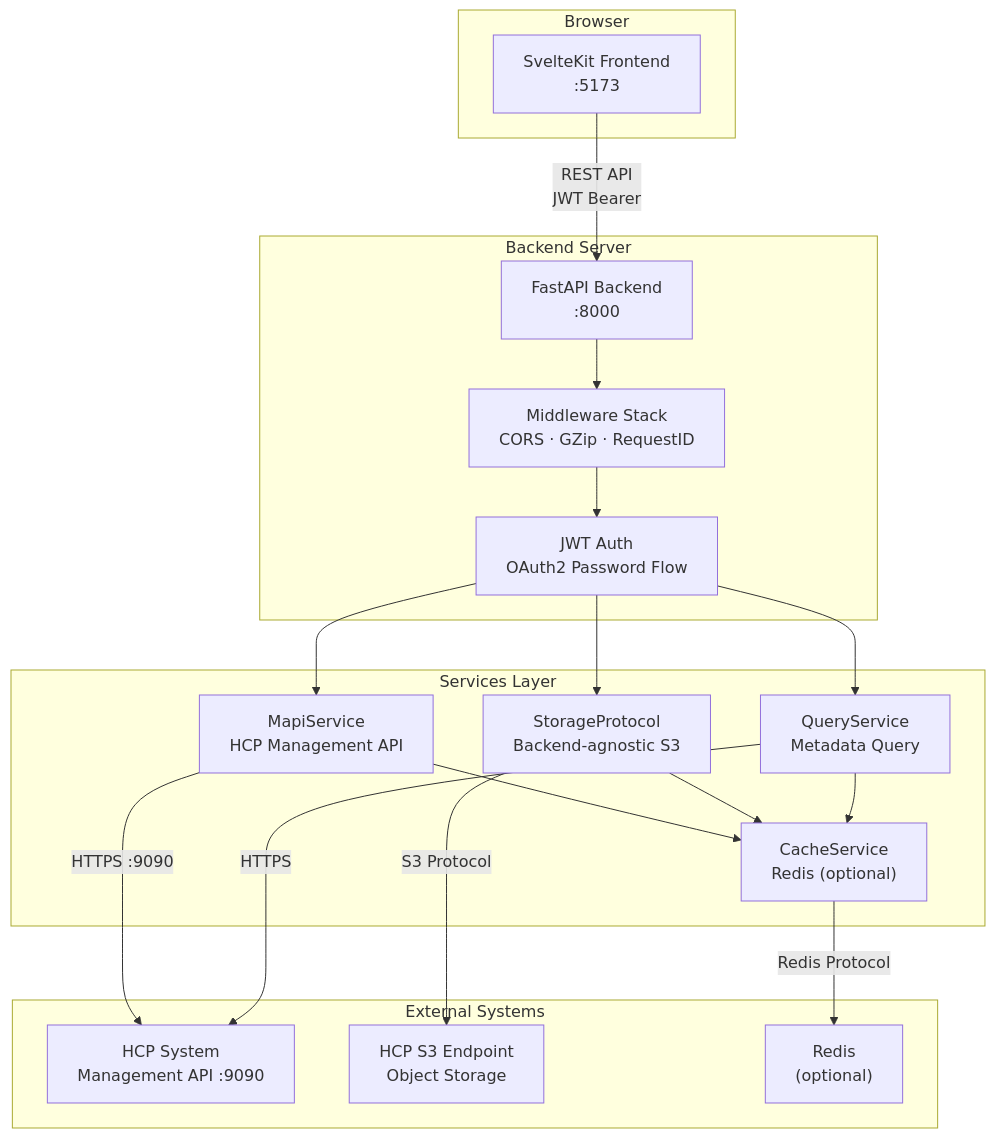
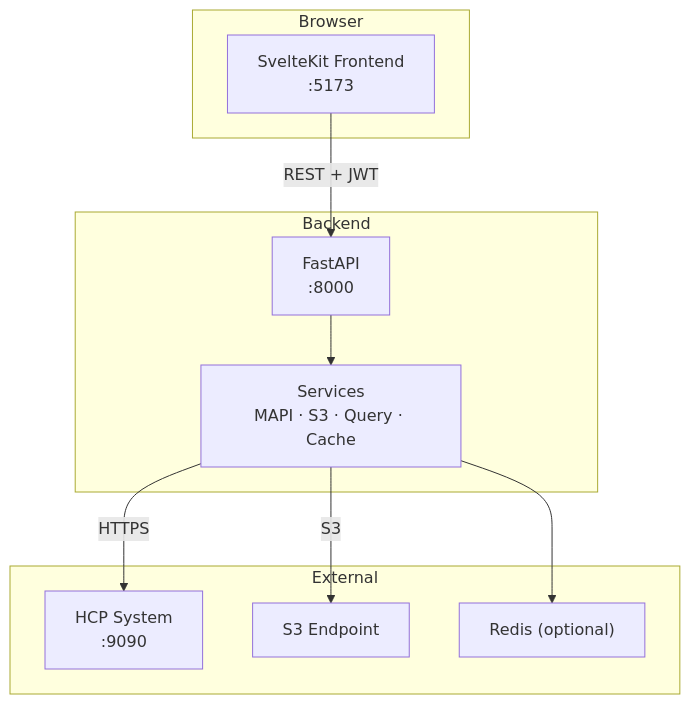
The first of 2 diagrams in docs/architecture/index.md (AI-Riksarkivet/ra-hcp), drawn with Mermaid before and after one commit. The commit also changed other lines of this file and 25 other files, not shown here.

First line of the commit message:
docs: improve architecture pages, enrich HCP concepts, remove raw vendor docs

````diff
--- a/docs/architecture/index.md
+++ b/docs/architecture/index.md
@@ -7,38 +7,23 @@
 ```mermaid
 graph TB
     subgraph "Browser"
         FE["SvelteKit Frontend<br/>:5173"]
     end
 
-    subgraph "Backend Server"
-        API["FastAPI Backend<br/>:8000"]
-        MW["Middleware Stack<br/>CORS · GZip · RequestID"]
-        AUTH["JWT Auth<br/>OAuth2 Password Flow"]
+    subgraph "Backend"
+        API["FastAPI<br/>:8000"]
+        SVC["Services<br/>MAPI · S3 · Query · Cache"]
     end
 
-    subgraph "Services Layer"
-        MAPI["MapiService<br/>HCP Management API"]
-        S3["StorageProtocol<br/>Backend-agnostic S3"]
-        QUERY["QueryService<br/>Metadata Query"]
-        CACHE["CacheService<br/>Redis (optional)"]
+    subgraph "External"
+        HCP["HCP System<br/>:9090"]
+        S3EP["S3 Endpoint"]
+        REDIS["Redis (optional)"]
     end
 
-    subgraph "External Systems"
-        HCP["HCP System<br/>Management API :9090"]
-        S3EP["HCP S3 Endpoint<br/>Object Storage"]
-        REDIS["Redis<br/>(optional)"]
-    end
-
-    FE -->|"REST API<br/>JWT Bearer"| API
-    API --> MW --> AUTH
-    AUTH --> MAPI
-    AUTH --> S3
-    AUTH --> QUERY
-    MAPI --> CACHE
-    S3 --> CACHE
-    QUERY --> CACHE
-    MAPI -->|"HTTPS :9090"| HCP
-    S3 -->|"S3 Protocol"| S3EP
-    QUERY -->|"HTTPS"| HCP
-    CACHE -->|"Redis Protocol"| REDIS
+    FE -->|"REST + JWT"| API
+    API --> SVC
+    SVC -->|"HTTPS"| HCP
+    SVC -->|"S3"| S3EP
+    SVC --> REDIS
 ```
````
